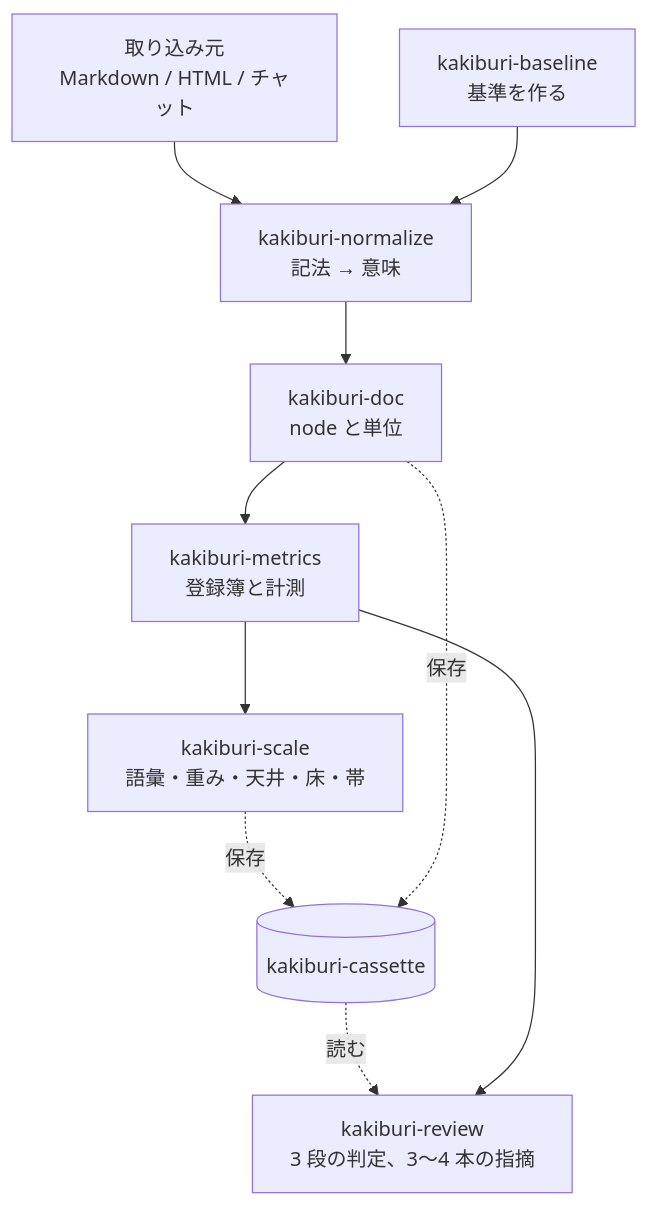
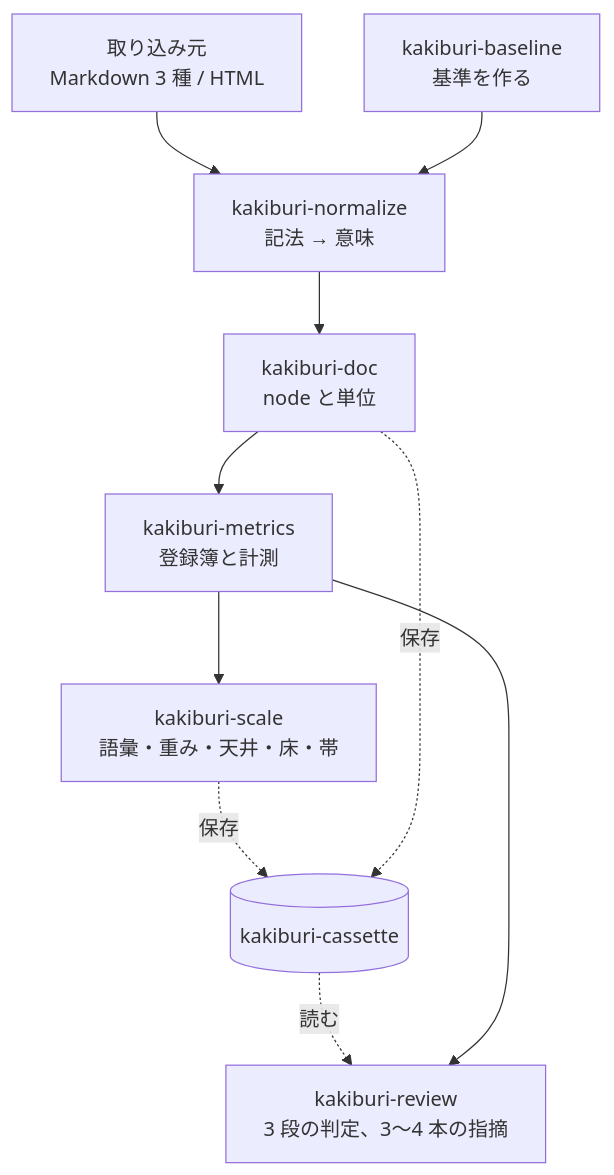
Before and after one commit to lambdalisue/kuchiyose: the first of 2 diagrams in docs/design/000-architecture.md, drawn with Mermaid. The commit also changed other lines of this file and 3 other files, not shown here.

````diff
--- a/docs/design/000-architecture.md
+++ b/docs/design/000-architecture.md
@@ -31,21 +31,21 @@
 ```mermaid
 flowchart TB
-    src["取り込み元<br/>Markdown / HTML / チャット"]
+    src["取り込み元<br/>Markdown 3 種 / HTML"]
     base["kakiburi-baseline<br/>基準を作る"]
     norm["kakiburi-normalize<br/>記法 → 意味"]
     doc["kakiburi-doc<br/>node と単位"]
     met["kakiburi-metrics<br/>登録簿と計測"]
     scale["kakiburi-scale<br/>語彙・重み・天井・床・帯"]
     rev["kakiburi-review<br/>3 段の判定、3〜4 本の指摘"]
     cas[("kakiburi-cassette")]
 
     src --> norm
     base --> norm
     norm --> doc
     doc --> met
     met --> scale
     scale -. 保存 .-> cas
     doc -. 保存 .-> cas
     cas -. 読む .-> rev
     met --> rev
 ```
````
